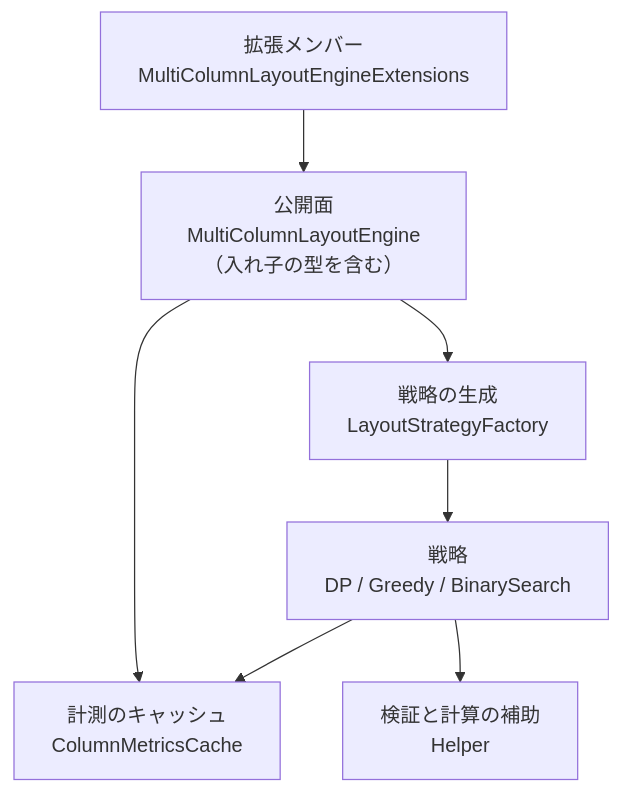
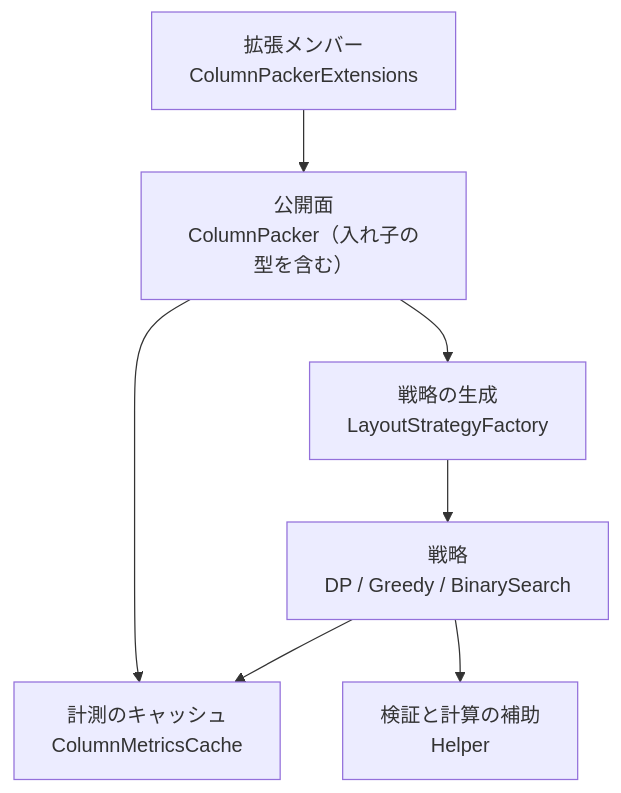
The first of 2 diagrams in EsUtil/Feature.MultiColumn/docs/SPEC_System.md (tomokuni/EsUtil), drawn with Mermaid before and after one commit. The commit also changed other lines of this file and 37 other files, not shown here.

First line of the commit message:
複数列の配置の型名を ColumnPacker にする

````diff
--- a/EsUtil/Feature.MultiColumn/docs/SPEC_System.md
+++ b/EsUtil/Feature.MultiColumn/docs/SPEC_System.md
@@ -38,15 +38,15 @@
 ```mermaid
 flowchart TB
-    API["公開面<br/>MultiColumnLayoutEngine（入れ子の型を含む）"]
-    EXT["拡張メンバー<br/>MultiColumnLayoutEngineExtensions"]
+    API["公開面<br/>ColumnPacker（入れ子の型を含む）"]
+    EXT["拡張メンバー<br/>ColumnPackerExtensions"]
     FACT["戦略の生成<br/>LayoutStrategyFactory"]
     STRAT["戦略<br/>DP / Greedy / BinarySearch"]
     CACHE["計測のキャッシュ<br/>ColumnMetricsCache"]
     HELP["検証と計算の補助<br/>Helper"]
     EXT --> API
     API --> FACT
     FACT --> STRAT
     STRAT --> CACHE
     STRAT --> HELP
     API --> CACHE
 ```
````
